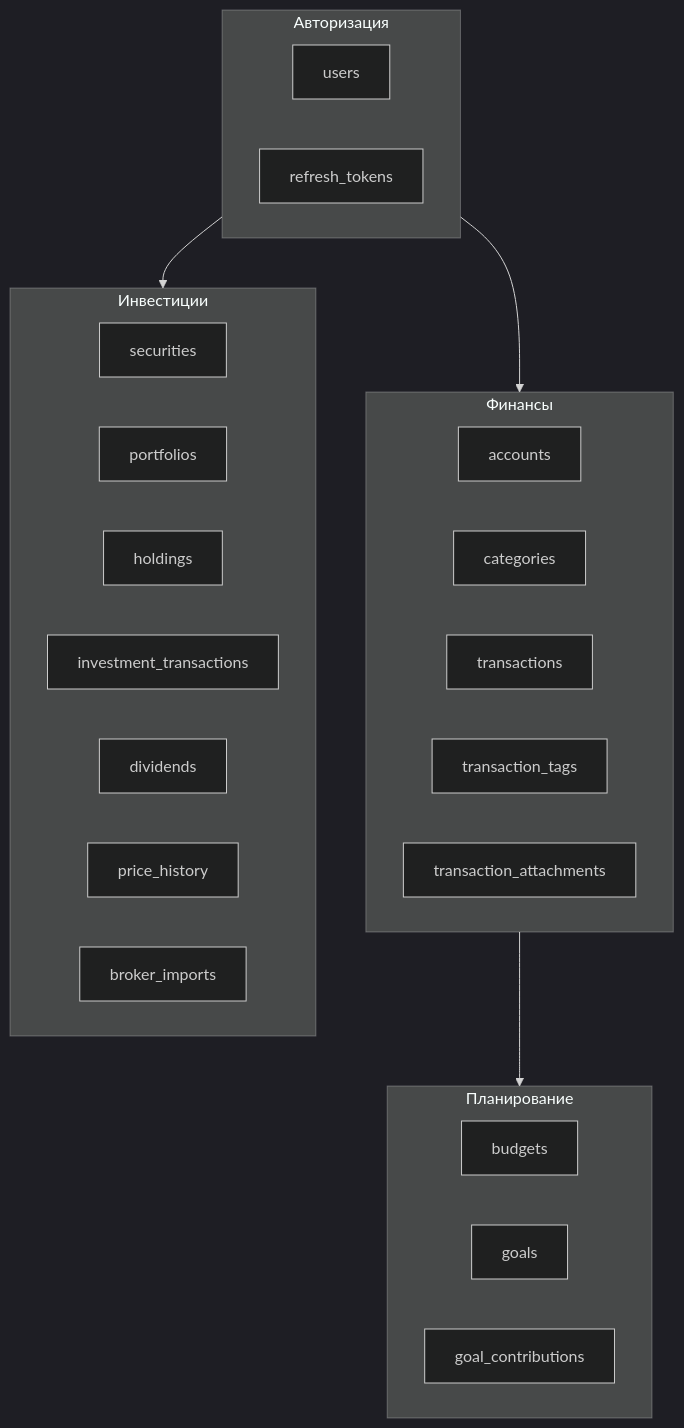
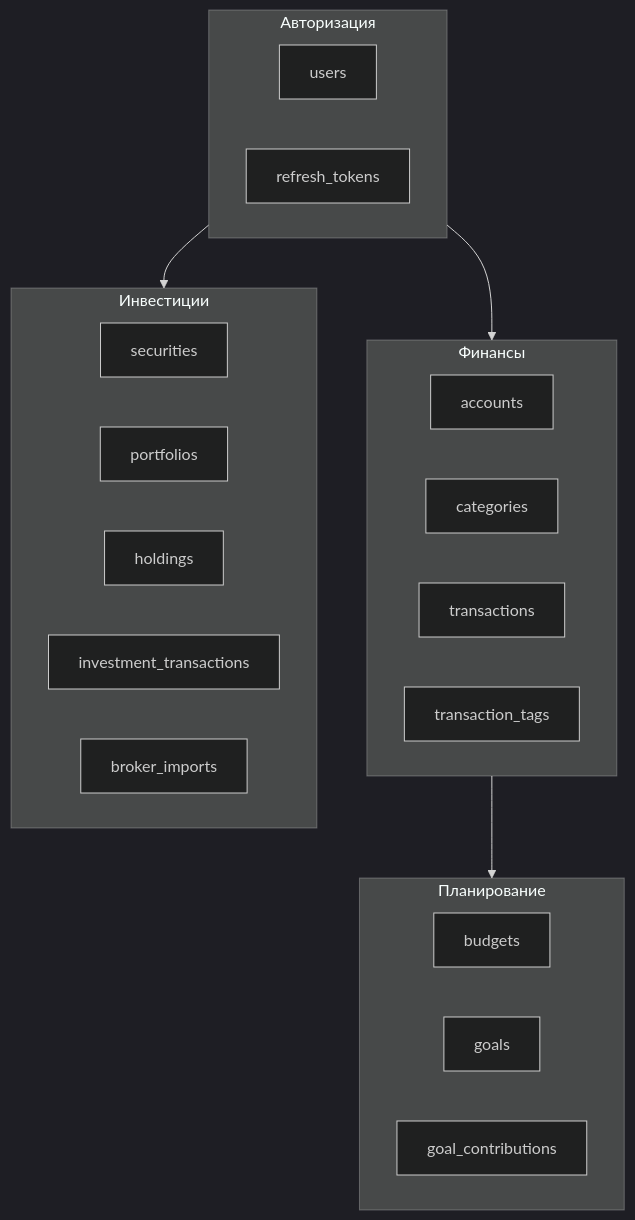
One commit to alligatorO15/fin-tracker changed the third of 3 diagrams in docs/ER.md. Above: the diagram before and after it, drawn with Mermaid (dark theme). The commit also changed other lines of this file and 4 other files, not shown here.

````diff
--- a/docs/ER.md
+++ b/docs/ER.md
@@ -325,35 +287,32 @@
 ```mermaid
 graph TB
     subgraph Auth["Авторизация"]
         users
         refresh_tokens
     end
     
     subgraph Finance["Финансы"]
         accounts
         categories
         transactions
         transaction_tags
-        transaction_attachments
     end
     
     subgraph Planning["Планирование"]
         budgets
         goals
         goal_contributions
     end
     
     subgraph Investments["Инвестиции"]
         securities
         portfolios
         holdings
         investment_transactions
-        dividends
-        price_history
         broker_imports
     end
     
     Auth --> Finance
     Finance --> Planning
     Auth --> Investments
 ```
````
